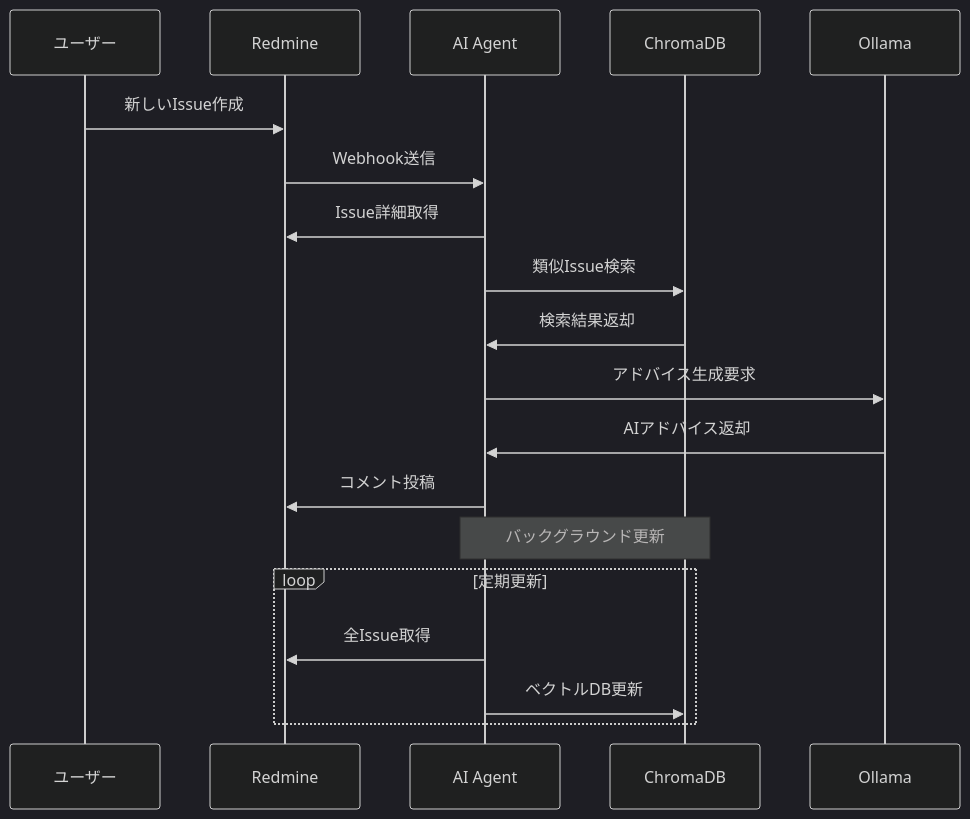
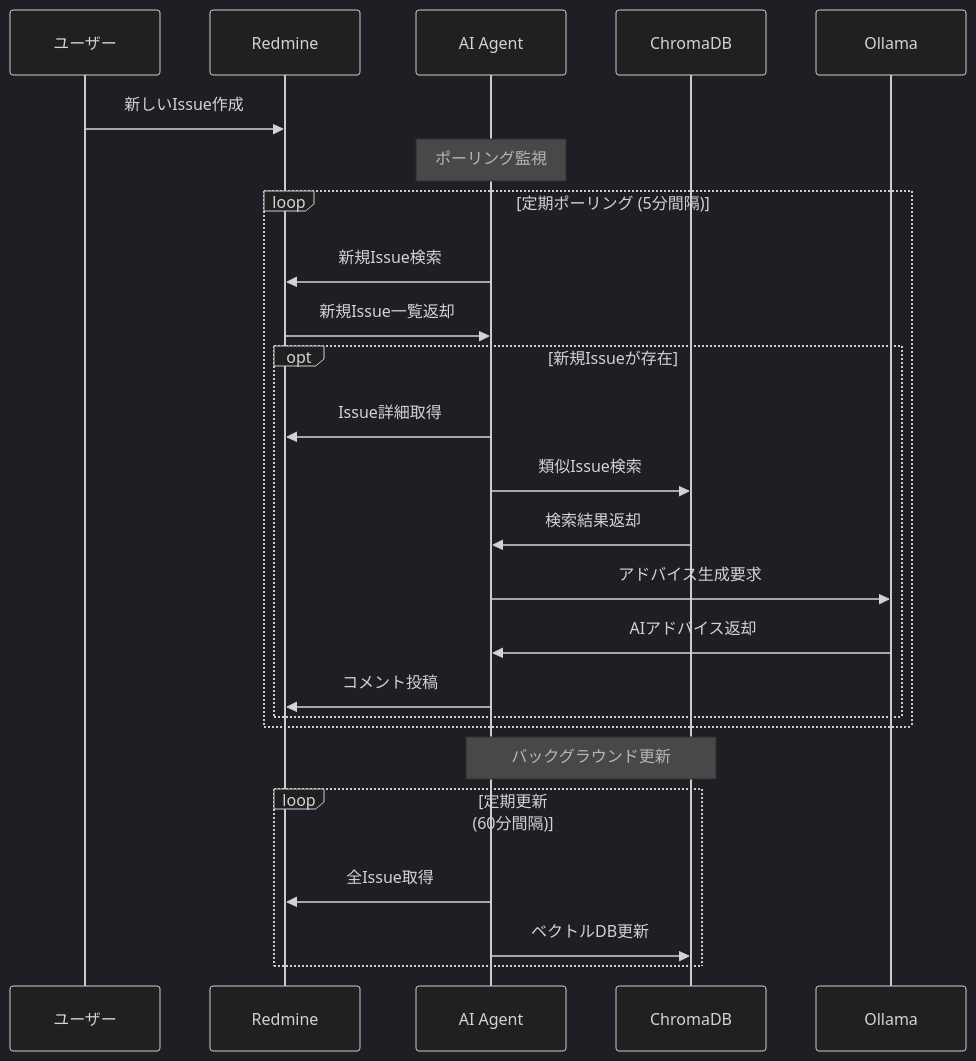
One commit to kkzk/RemindMine changed the diagram in README.md. Above: the diagram before and after it, drawn with Mermaid (dark theme). The commit also changed other lines of this file and 6 other files, not shown here.

````diff
--- a/README.md
+++ b/README.md
@@ -249,23 +248,30 @@
 ```mermaid
 sequenceDiagram
     participant U as ユーザー
     participant R as Redmine
     participant A as AI Agent
     participant C as ChromaDB
     participant O as Ollama
     
     U->>R: 新しいIssue作成
-    R->>A: Webhook送信
-    A->>R: Issue詳細取得
-    A->>C: 類似Issue検索
-    C->>A: 検索結果返却
-    A->>O: アドバイス生成要求
-    O->>A: AIアドバイス返却
-    A->>R: コメント投稿
+    
+    Note over A: ポーリング監視
+    loop 定期ポーリング (5分間隔)
+        A->>R: 新規Issue検索
+        R->>A: 新規Issue一覧返却
+        opt 新規Issueが存在
+            A->>R: Issue詳細取得
+            A->>C: 類似Issue検索
+            C->>A: 検索結果返却
+            A->>O: アドバイス生成要求
+            O->>A: AIアドバイス返却
+            A->>R: コメント投稿
+        end
+    end
     
     Note over A,C: バックグラウンド更新
-    loop 定期更新
+    loop 定期更新 (60分間隔)
         A->>R: 全Issue取得
         A->>C: ベクトルDB更新
     end
 ```
````
